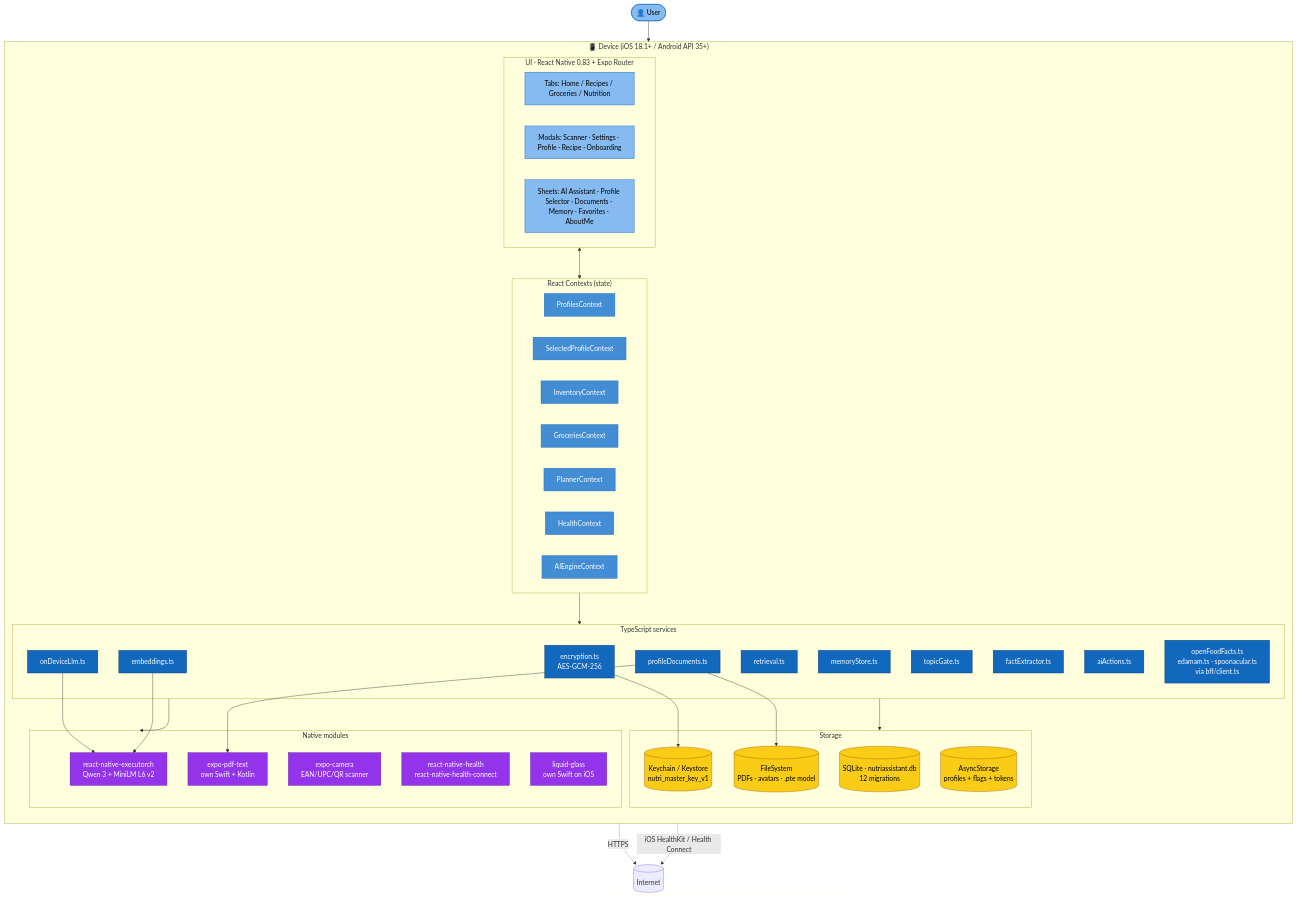
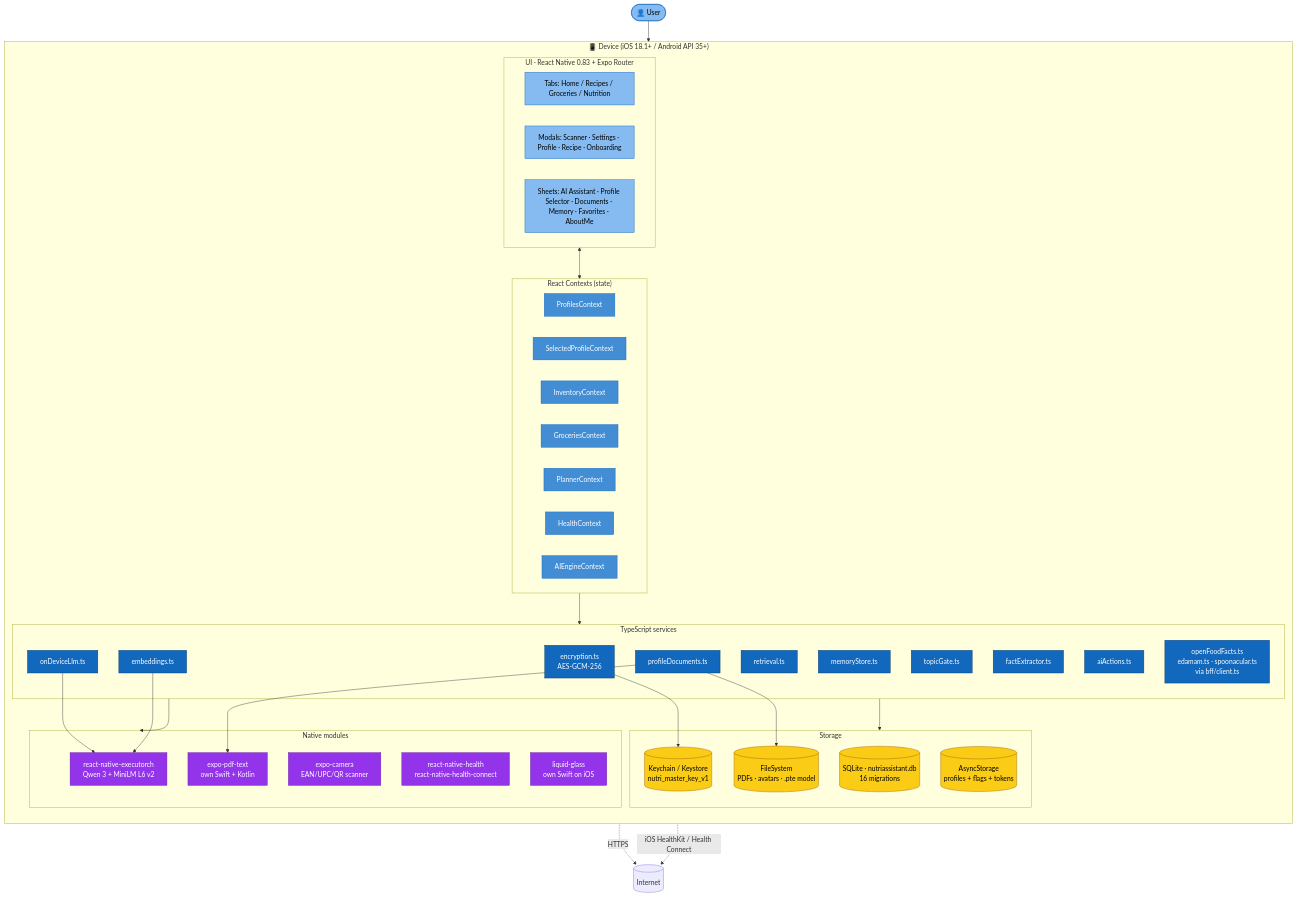
Before and after one commit to antonionc/nutrIAssistant: the second of 23 diagrams in docs/data-architecture/11-diagrams.md, drawn with Mermaid. The commit also changed other lines of this file and 51 other files, not shown here.

````diff
--- a/docs/data-architecture/11-diagrams.md
+++ b/docs/data-architecture/11-diagrams.md
@@ -68,72 +68,72 @@
 ```mermaid
 flowchart TB
     classDef ui fill:#85bbf0,stroke:#1168bd,color:#000
     classDef ctx fill:#438dd5,stroke:#1168bd,color:#fff
     classDef svc fill:#1168bd,stroke:#073b6f,color:#fff
     classDef store fill:#facc15,stroke:#a16207,color:#000
     classDef native fill:#9333ea,stroke:#6b21a8,color:#fff
 
     U([👤 User]):::ui
 
     subgraph Device["📱 Device (iOS 18.1+ / Android API 35+)"]
         direction TB
 
         subgraph UI["UI · React Native 0.83 + Expo Router"]
             Tabs[Tabs: Home / Recipes / Groceries / Nutrition]:::ui
             Modals[Modals: Scanner · Settings · Profile · Recipe · Onboarding]:::ui
             Sheets[Sheets: AI Assistant · Profile Selector · Documents · Memory · Favorites · AboutMe]:::ui
         end
 
         subgraph Contexts["React Contexts (state)"]
             P[ProfilesContext]:::ctx
             SP_[SelectedProfileContext]:::ctx
             I[InventoryContext]:::ctx
             G[GroceriesContext]:::ctx
             Pl[PlannerContext]:::ctx
             H[HealthContext]:::ctx
             AI[AIEngineContext]:::ctx
         end
 
         subgraph Services["TypeScript services"]
             Enc[encryption.ts<br/>AES-GCM-256]:::svc
             LLM[onDeviceLlm.ts]:::svc
             Emb[embeddings.ts]:::svc
             Ret[retrieval.ts]:::svc
             Mem[memoryStore.ts]:::svc
             TG[topicGate.ts]:::svc
             FX[factExtractor.ts]:::svc
             Act[aiActions.ts]:::svc
             PD[profileDocuments.ts]:::svc
             Net[openFoodFacts.ts<br/>edamam.ts · spoonacular.ts<br/>via bff/client.ts]:::svc
         end
 
         subgraph Storage["Storage"]
-            SQL[(SQLite · nutriassistant.db<br/>12 migrations)]:::store
+            SQL[(SQLite · nutriassistant.db<br/>16 migrations)]:::store
             AS[(AsyncStorage<br/>profiles + flags + tokens)]:::store
             FSys[(FileSystem<br/>PDFs · avatars · .pte model)]:::store
             KCS[(Keychain / Keystore<br/>nutri_master_key_v1)]:::store
         end
 
         subgraph Native["Native modules"]
             Exe[react-native-executorch<br/>Qwen 3 + MiniLM L6 v2]:::native
             PdfNat[expo-pdf-text<br/>own Swift + Kotlin]:::native
             CamNat[expo-camera<br/>EAN/UPC/QR scanner]:::native
             HKNat[react-native-health<br/>react-native-health-connect]:::native
             GlassNat[liquid-glass<br/>own Swift on iOS]:::native
         end
     end
 
     U --> UI
     UI <--> Contexts
     Contexts --> Services
     Services --> Storage
     Services --> Native
 
     Enc --> KCS
     LLM --> Exe
     Emb --> Exe
     PD --> PdfNat
     PD --> FSys
     Net -. HTTPS .-> Cloud[(Internet)]
     HKNat -. iOS HealthKit / Health Connect .-> Cloud
 ```
````
